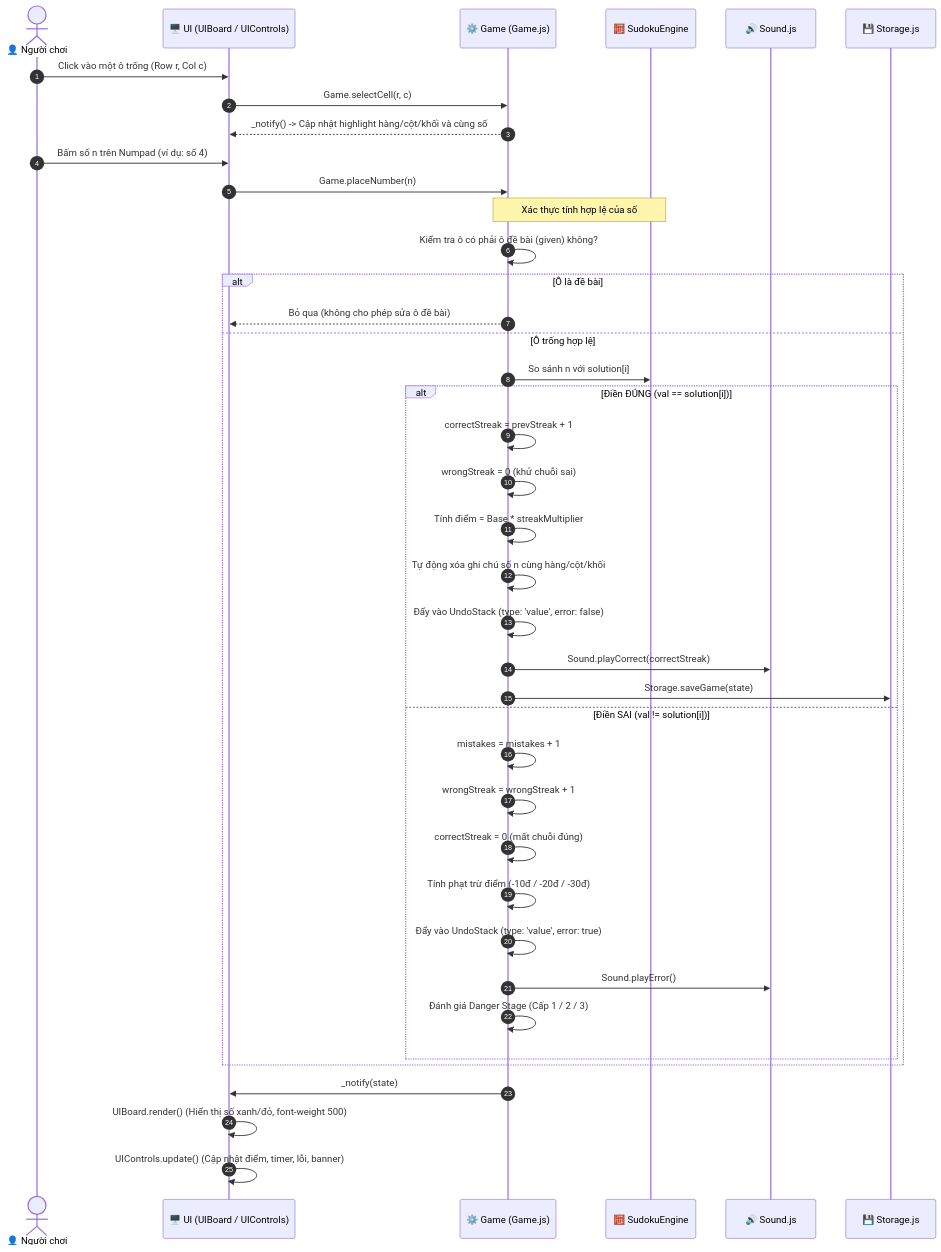
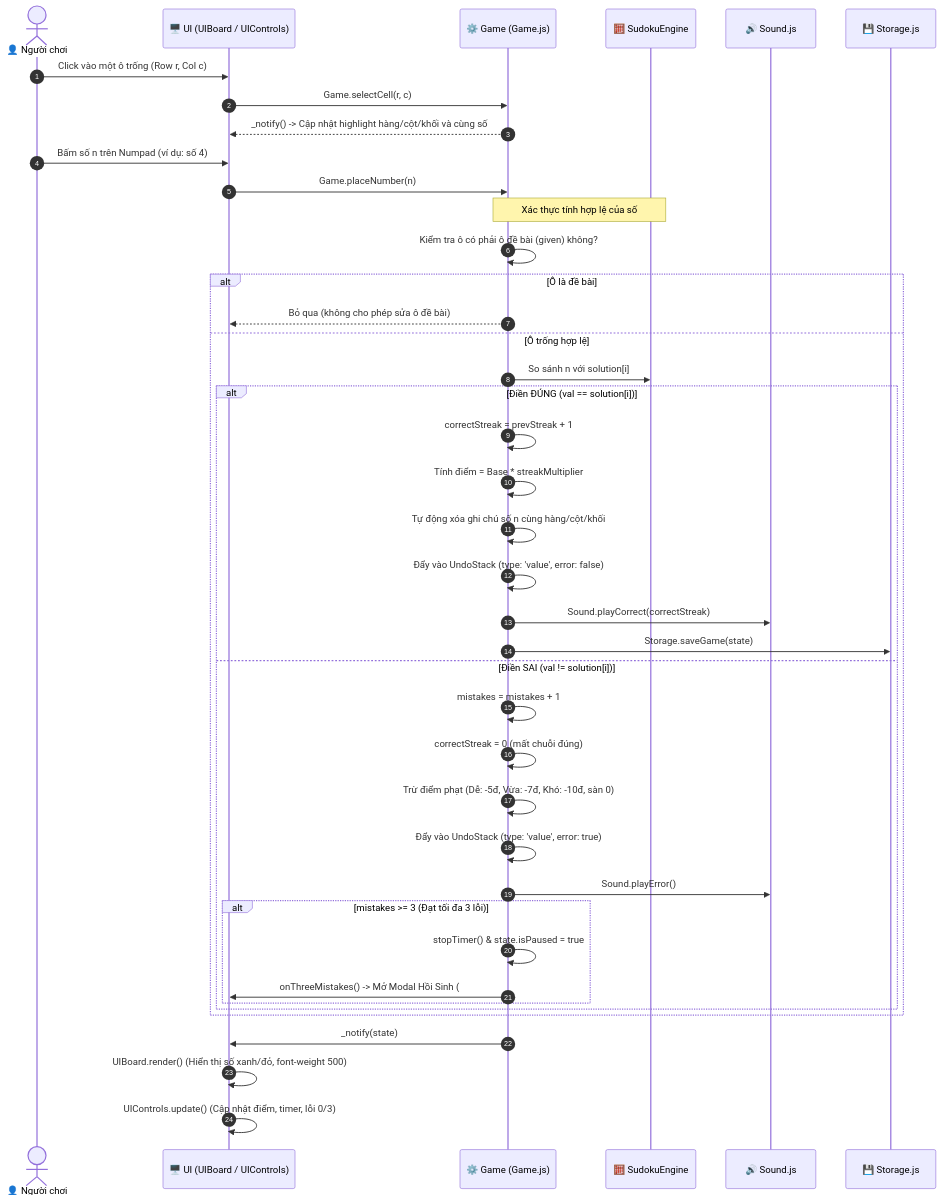
Before and after one commit to Jhanh/Sudoku_game: the first of 3 diagrams in docs/03_data_flow_and_sequences.md, drawn with Mermaid. The commit also changed 15 other files, not shown here.

````diff
--- a/docs/03_data_flow_and_sequences.md
+++ b/docs/03_data_flow_and_sequences.md
@@ -11,47 +11,48 @@
 ```mermaid
 sequenceDiagram
     autonumber
     actor Player as 👤 Người chơi
     participant UI as 🖥️ UI (UIBoard / UIControls)
     participant Game as ⚙️ Game (Game.js)
     participant Engine as 🧮 SudokuEngine
     participant Sound as 🔊 Sound.js
     participant Storage as 💾 Storage.js
 
     Player->>UI: Click vào một ô trống (Row r, Col c)
     UI->>Game: Game.selectCell(r, c)
     Game-->>UI: _notify() -> Cập nhật highlight hàng/cột/khối và cùng số
 
     Player->>UI: Bấm số n trên Numpad (ví dụ: số 4)
     UI->>Game: Game.placeNumber(n)
     
     Note over Game, Engine: Xác thực tính hợp lệ của số
     Game->>Game: Kiểm tra ô có phải ô đề bài (given) không?
     alt Ô là đề bài
         Game-->>UI: Bỏ qua (không cho phép sửa ô đề bài)
     else Ô trống hợp lệ
         Game->>Engine: So sánh n với solution[i]
         
         alt Điền ĐÚNG (val == solution[i])
             Game->>Game: correctStreak = prevStreak + 1
-            Game->>Game: wrongStreak = 0 (khử chuỗi sai)
             Game->>Game: Tính điểm = Base * streakMultiplier
             Game->>Game: Tự động xóa ghi chú số n cùng hàng/cột/khối
             Game->>Game: Đẩy vào UndoStack (type: 'value', error: false)
             Game->>Sound: Sound.playCorrect(correctStreak)
             Game->>Storage: Storage.saveGame(state)
         else Điền SAI (val != solution[i])
             Game->>Game: mistakes = mistakes + 1
-            Game->>Game: wrongStreak = wrongStreak + 1
             Game->>Game: correctStreak = 0 (mất chuỗi đúng)
-            Game->>Game: Tính phạt trừ điểm (-10đ / -20đ / -30đ)
+            Game->>Game: Trừ điểm phạt (Dễ: -5đ, Vừa: -7đ, Khó: -10đ, sàn 0)
             Game->>Game: Đẩy vào UndoStack (type: 'value', error: true)
             Game->>Sound: Sound.playError()
-            Game->>Game: Đánh giá Danger Stage (Cấp 1 / 2 / 3)
+            alt mistakes >= 3 (Đạt tối đa 3 lỗi)
+                Game->>Game: stopTimer() & state.isPaused = true
+                Game->>UI: onThreeMistakes() -> Mở Modal Hồi Sinh (#modal-revive)
+            end
         end
     end
 
     Game->>UI: _notify(state)
     UI->>UI: UIBoard.render() (Hiển thị số xanh/đỏ, font-weight 500)
-    UI->>UI: UIControls.update() (Cập nhật điểm, timer, lỗi, banner)
+    UI->>UI: UIControls.update() (Cập nhật điểm, timer, lỗi 0/3)
 ```
````
